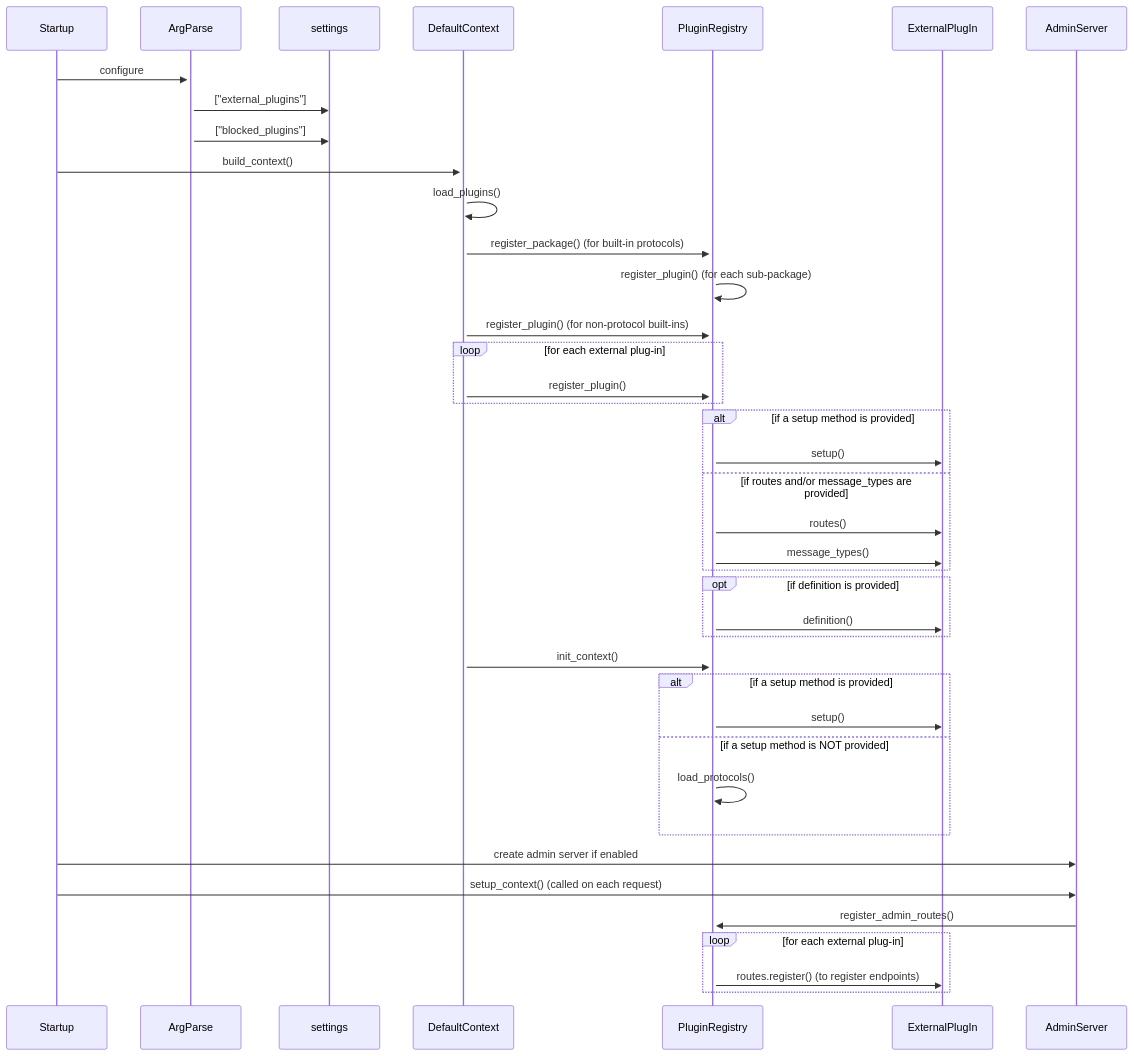
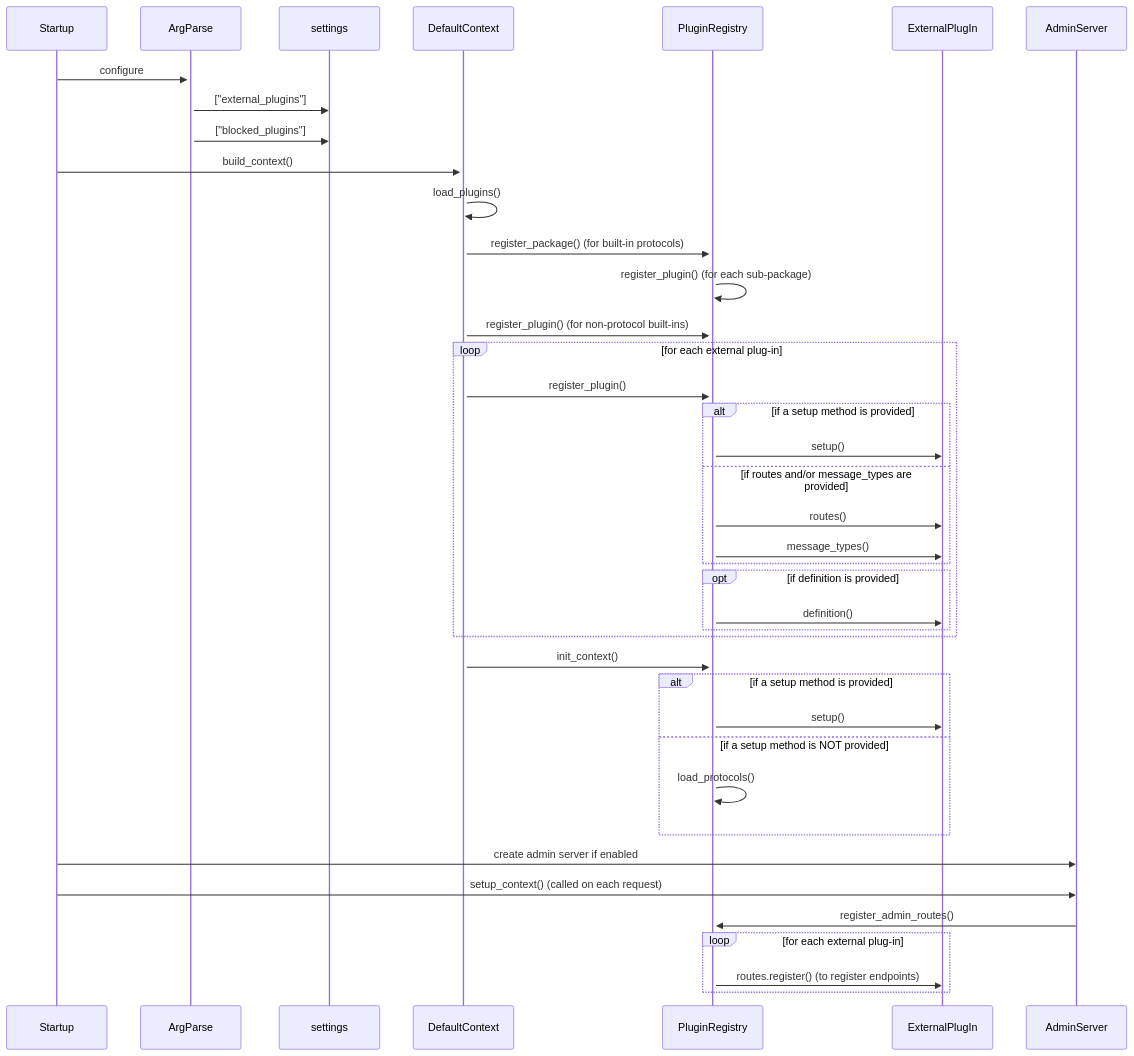
The diagram in README.md (ianco/django-rest-hooks), drawn with Mermaid before and after one commit. The commit also changed other lines of this file, not shown here.

Commit message:
Test diagrams

````diff
--- a/README.md
+++ b/README.md
@@ -458,35 +458,35 @@
 ```mermaid
 sequenceDiagram
     Startup->>+ArgParse: configure
     ArgParse->>settings:  ["external_plugins"]
     ArgParse->>settings:  ["blocked_plugins"]
     Startup->>+DefaultContext:  build_context()
     DefaultContext->>DefaultContext:  load_plugins()
     DefaultContext->>+PluginRegistry:  register_package() (for built-in protocols)
     PluginRegistry->>PluginRegistry:  register_plugin() (for each sub-package)
     DefaultContext->>PluginRegistry:  register_plugin() (for non-protocol built-ins)
   loop for each external plug-in
     DefaultContext->>PluginRegistry:  register_plugin()
-  end
   alt if a setup method is provided
     PluginRegistry->>ExternalPlugIn:  setup()
   else if routes and/or message_types are provided
     PluginRegistry->>ExternalPlugIn:  routes()
     PluginRegistry->>ExternalPlugIn:  message_types()
   end
   opt if definition is provided
     PluginRegistry->>ExternalPlugIn:  definition()
+  end
   end
     DefaultContext->>PluginRegistry:  init_context()
   alt if a setup method is provided
     PluginRegistry->>ExternalPlugIn:  setup()
   else if a setup method is NOT provided
     PluginRegistry->>PluginRegistry:  load_protocols()
   end
     Startup->>AdminServer:  create admin server if enabled
     Startup->>AdminServer:  setup_context() (called on each request)
     AdminServer->>PluginRegistry:  register_admin_routes()
   loop for each external plug-in
     PluginRegistry->>ExternalPlugIn:  routes.register() (to register endpoints)
   end
 ```
````
